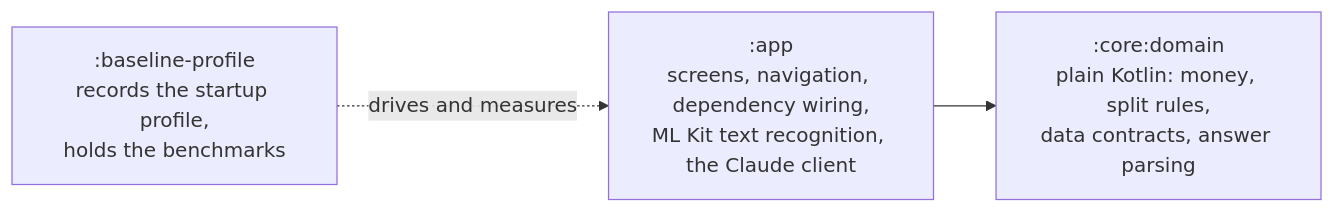
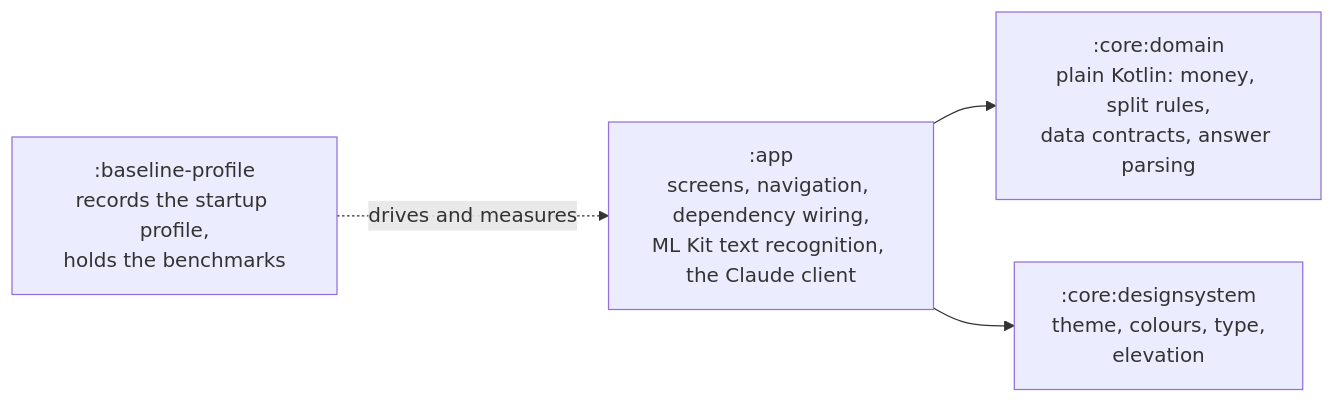
The first of 2 diagrams in docs/architecture.md (dantech0xff/split-bill-poc), drawn with Mermaid before and after one commit. The commit also changed other lines of this file and 35 other files, not shown here.

First line of the commit message:
feat: add the design system module with the violet theme and elevation levels

````diff
--- a/docs/architecture.md
+++ b/docs/architecture.md
@@ -9,8 +9,10 @@
 ```mermaid
 flowchart LR
     app[":app<br/>screens, navigation, dependency wiring,<br/>ML Kit text recognition, the Claude client"]
     domain[":core:domain<br/>plain Kotlin: money, split rules,<br/>data contracts, answer parsing"]
+    design[":core:designsystem<br/>theme, colours, type,<br/>elevation"]
     profile[":baseline-profile<br/>records the startup profile,<br/>holds the benchmarks"]
     app --> domain
+    app --> design
     profile -. drives and measures .-> app
 ```
````
